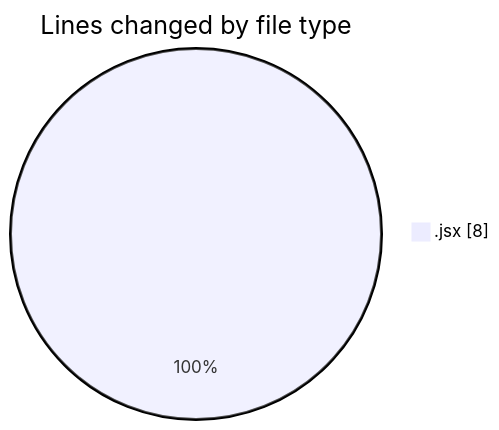
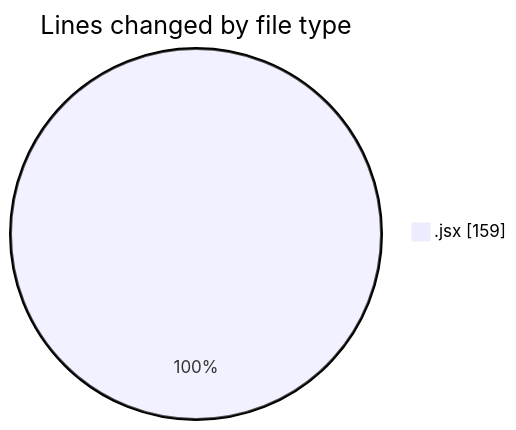
One commit to Elitesun/code-tracking changed the first of 2 diagrams in 2025-02-22/elitegpt/README.md. Above: the diagram before and after it, drawn with Mermaid. The commit also changed other lines of this file and 1 other file, not shown here.

````diff
--- a/2025-02-22/elitegpt/README.md
+++ b/2025-02-22/elitegpt/README.md
@@ -20,5 +22,5 @@
 ```mermaid
 pie showData
 title Lines changed by file type
-".jsx" : 8
+".jsx" : 159
 ```
````
